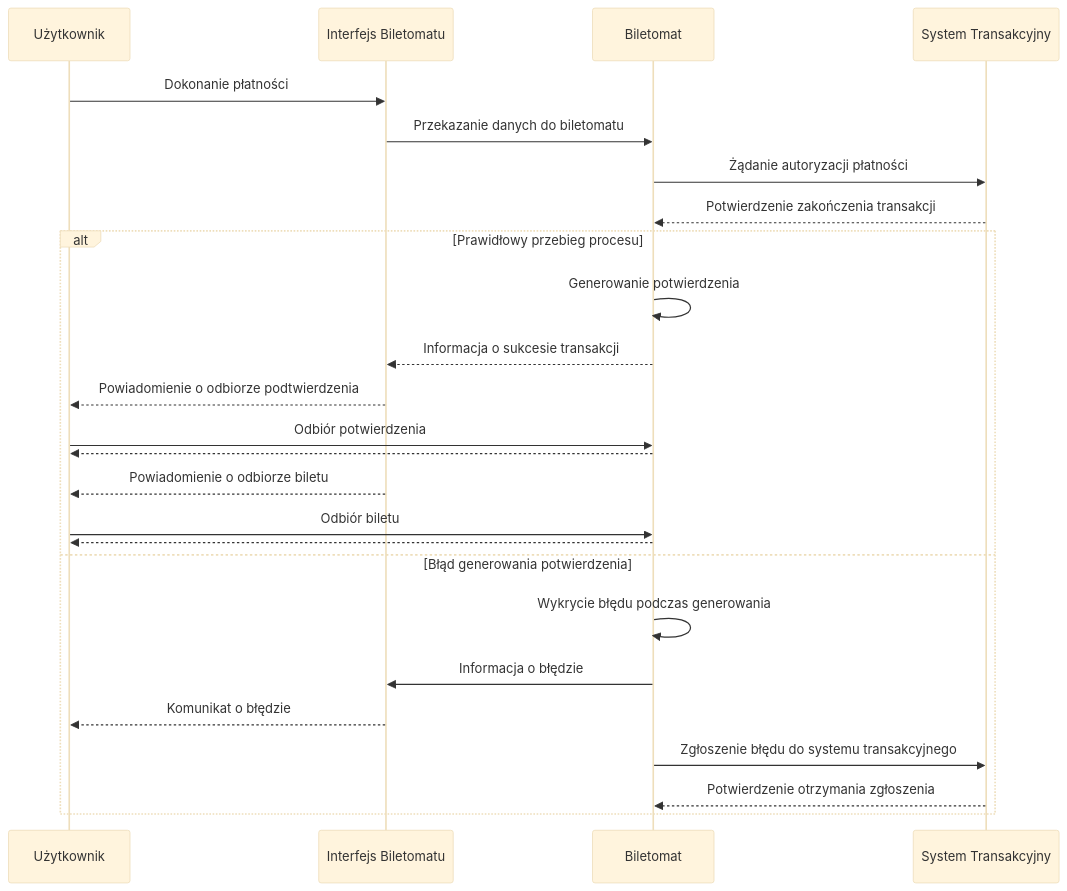
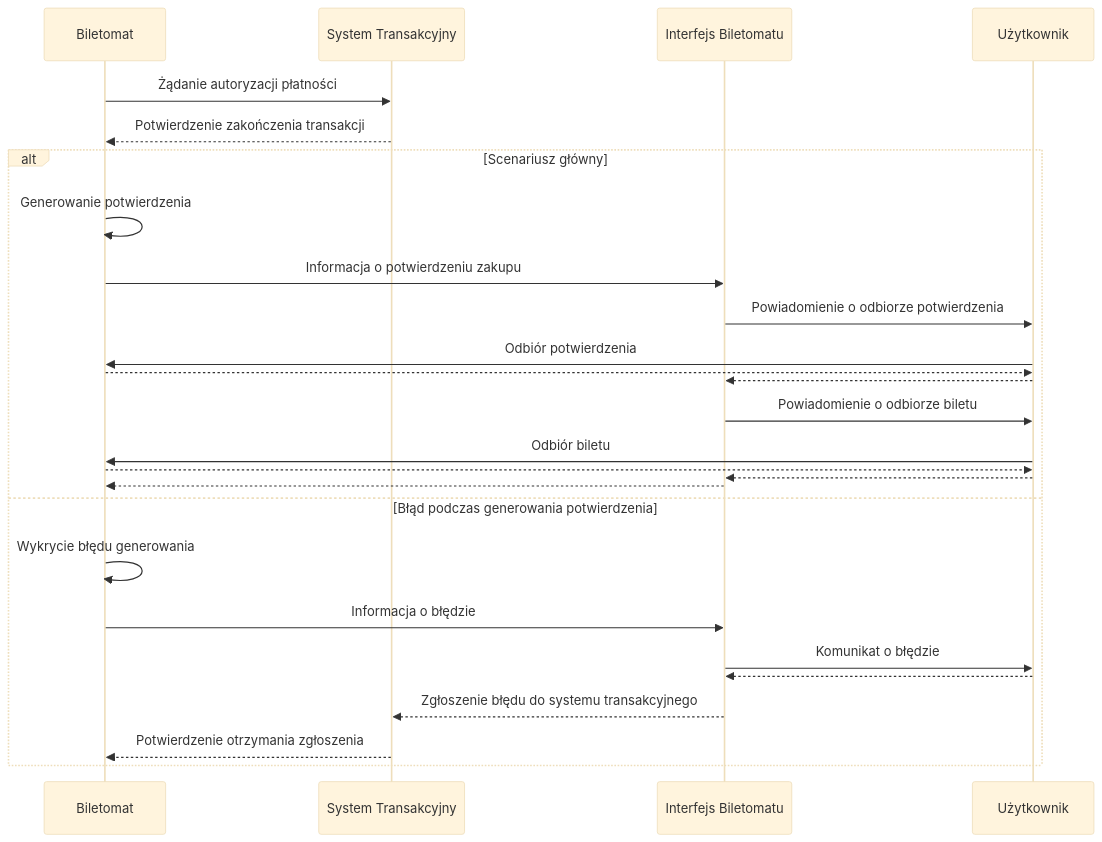
The sixth of 7 diagrams in Historie dla biletomatu.md (ArtemOmelchenk0/MWO), drawn with Mermaid (base theme) before and after one commit. The commit also changed other lines of this file, not shown here.

Commit message:
Update Historie dla biletomatu.md

````diff
--- a/Historie dla biletomatu.md
+++ b/Historie dla biletomatu.md
@@ -184,28 +184,31 @@
 ```mermaid
 sequenceDiagram
-    participant U as Użytkownik
-    participant IB as Interfejs Biletomatu
     participant B as Biletomat
     participant ST as System Transakcyjny
+    participant IB as Interfejs Biletomatu
+    participant U as Użytkownik
 
-        U->>IB: Dokonanie płatności
-        IB->>B: Przekazanie danych do biletomatu
-        B->>ST: Żądanie autoryzacji płatności
-        ST-->>B: Potwierdzenie zakończenia transakcji
-    alt Prawidłowy przebieg procesu
+    B->>ST: Żądanie autoryzacji płatności
+    ST-->>B: Potwierdzenie zakończenia transakcji
+    alt Scenariusz główny
         B->>B: Generowanie potwierdzenia
-        B-->>IB: Informacja o sukcesie transakcji
-        IB-->>U: Powiadomienie o odbiorze podtwierdzenia
+        B->>IB: Informacja o potwierdzeniu zakupu  
+        IB->>U: Powiadomienie o odbiorze potwierdzenia
         U->>B: Odbiór potwierdzenia
-        B-->>U:     
-        IB-->>U: Powiadomienie o odbiorze biletu
+        B-->>U:  
+        U-->>IB:    
+        IB->>U: Powiadomienie o odbiorze biletu
         U->>B: Odbiór biletu
-        B-->>U:     
-    else Błąd generowania potwierdzenia
-        B->>B: Wykrycie błędu podczas generowania
+        B-->>U:  
+        U-->>IB: 
+        IB-->>B:  
+
+    else Błąd podczas generowania potwierdzenia
+        B->>B: Wykrycie błędu generowania
         B->>IB: Informacja o błędzie
-        IB-->>U: Komunikat o błędzie
-        B->>ST: Zgłoszenie błędu do systemu transakcyjnego
+        IB->>U: Komunikat o błędzie
+        U-->>IB: 
+        IB-->>ST: Zgłoszenie błędu do systemu transakcyjnego
         ST-->>B: Potwierdzenie otrzymania zgłoszenia
     end
 ```
````
